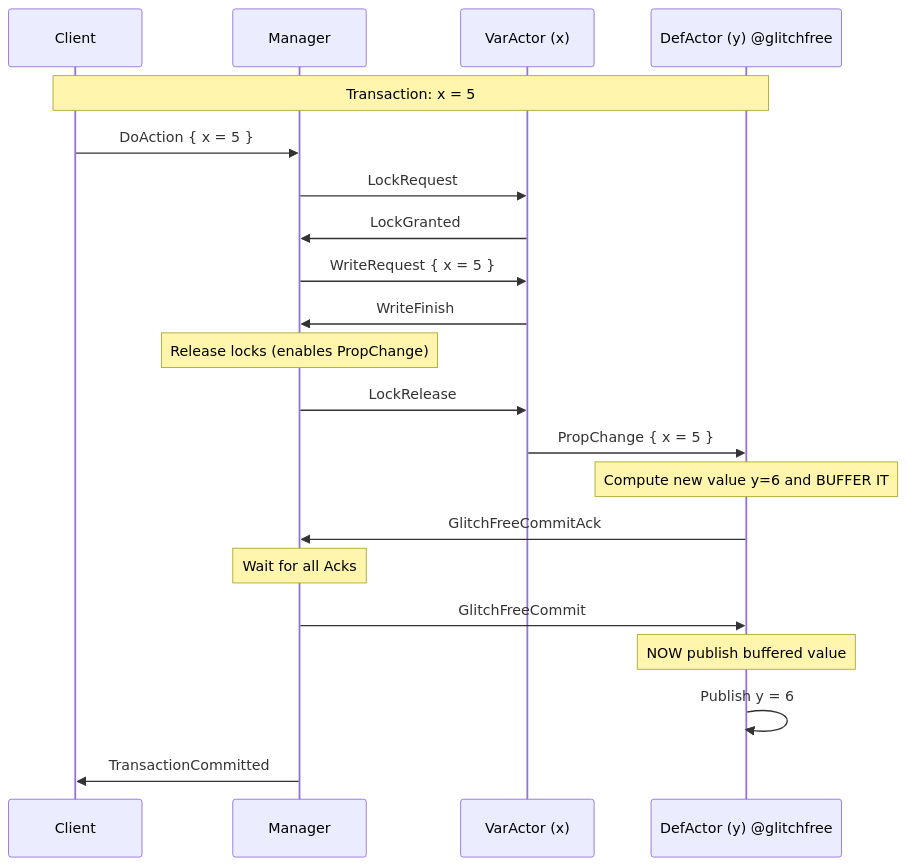
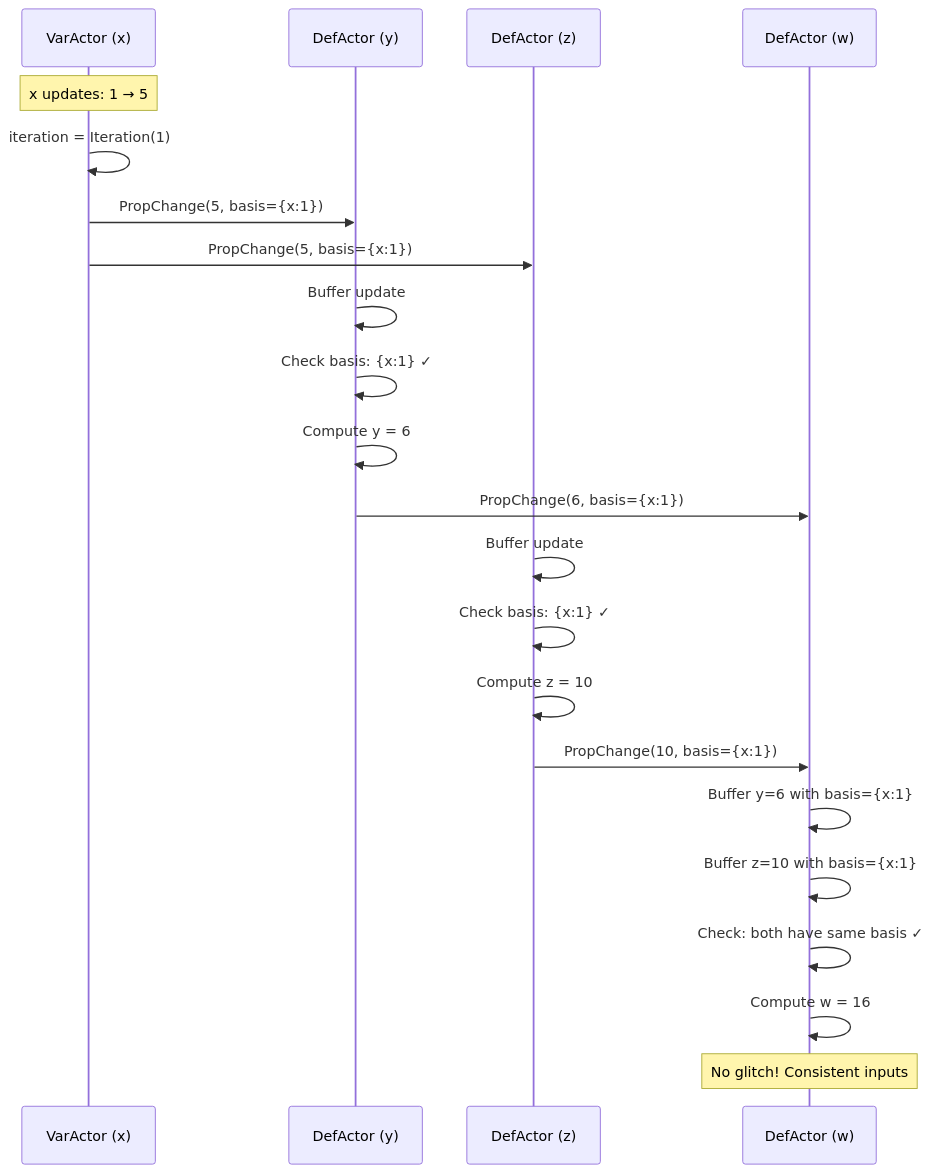
The first of 3 diagrams in GLITCH_FREE_PROTOCOL_REPORT.md (Gimmyalex/meerkatREPL2.0), drawn with Mermaid before and after one commit. The commit also changed other lines of this file and 17 other files, not shown here.

First line of the commit message:
feat: Implement distributed glitch-free protocol with BasisStamp coordination

````diff
--- a/GLITCH_FREE_PROTOCOL_REPORT.md
+++ b/GLITCH_FREE_PROTOCOL_REPORT.md
@@ -162,33 +127,29 @@
 ```mermaid
 sequenceDiagram
-    participant C as Client
-    participant M as Manager
     participant V as VarActor (x)
-    participant D as DefActor (y) @glitchfree
+    participant D1 as DefActor (y)
+    participant D2 as DefActor (z)
+    participant D3 as DefActor (w)
     
-    Note over C,D: Transaction: x = 5
+    Note over V: x updates: 1 → 5
+    V->>V: iteration = Iteration(1)
+    V->>D1: PropChange(5, basis={x:1})
+    V->>D2: PropChange(5, basis={x:1})
     
-    C->>M: DoAction { x = 5 }
-    M->>V: LockRequest
-    V->>M: LockGranted
-    M->>V: WriteRequest { x = 5 }
-    V->>M: WriteFinish
+    D1->>D1: Buffer update
+    D1->>D1: Check basis: {x:1} ✓
+    D1->>D1: Compute y = 6
+    D1->>D3: PropChange(6, basis={x:1})
     
-    Note over M: Release locks (enables PropChange)
+    D2->>D2: Buffer update
+    D2->>D2: Check basis: {x:1} ✓
+    D2->>D2: Compute z = 10
+    D2->>D3: PropChange(10, basis={x:1})
     
-    M->>V: LockRelease
-    V->>D: PropChange { x = 5 }
+    D3->>D3: Buffer y=6 with basis={x:1}
+    D3->>D3: Buffer z=10 with basis={x:1}
+    D3->>D3: Check: both have same basis ✓
+    D3->>D3: Compute w = 16
     
-    Note over D: Compute new value y=6 and BUFFER IT
-    
-    D->>M: GlitchFreeCommitAck
-    
-    Note over M: Wait for all Acks
-    
-    M->>D: GlitchFreeCommit
-    
-    Note over D: NOW publish buffered value
-    
-    D->>D: Publish y = 6
-    M->>C: TransactionCommitted
+    Note over D3: No glitch! Consistent inputs
 ```
````
